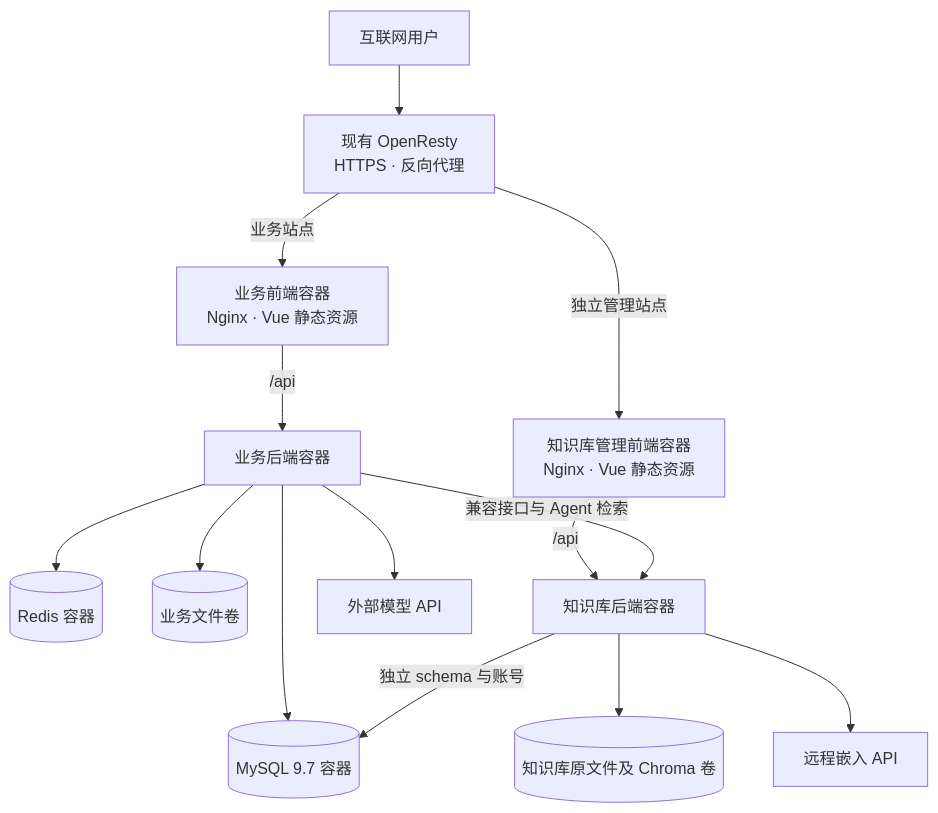
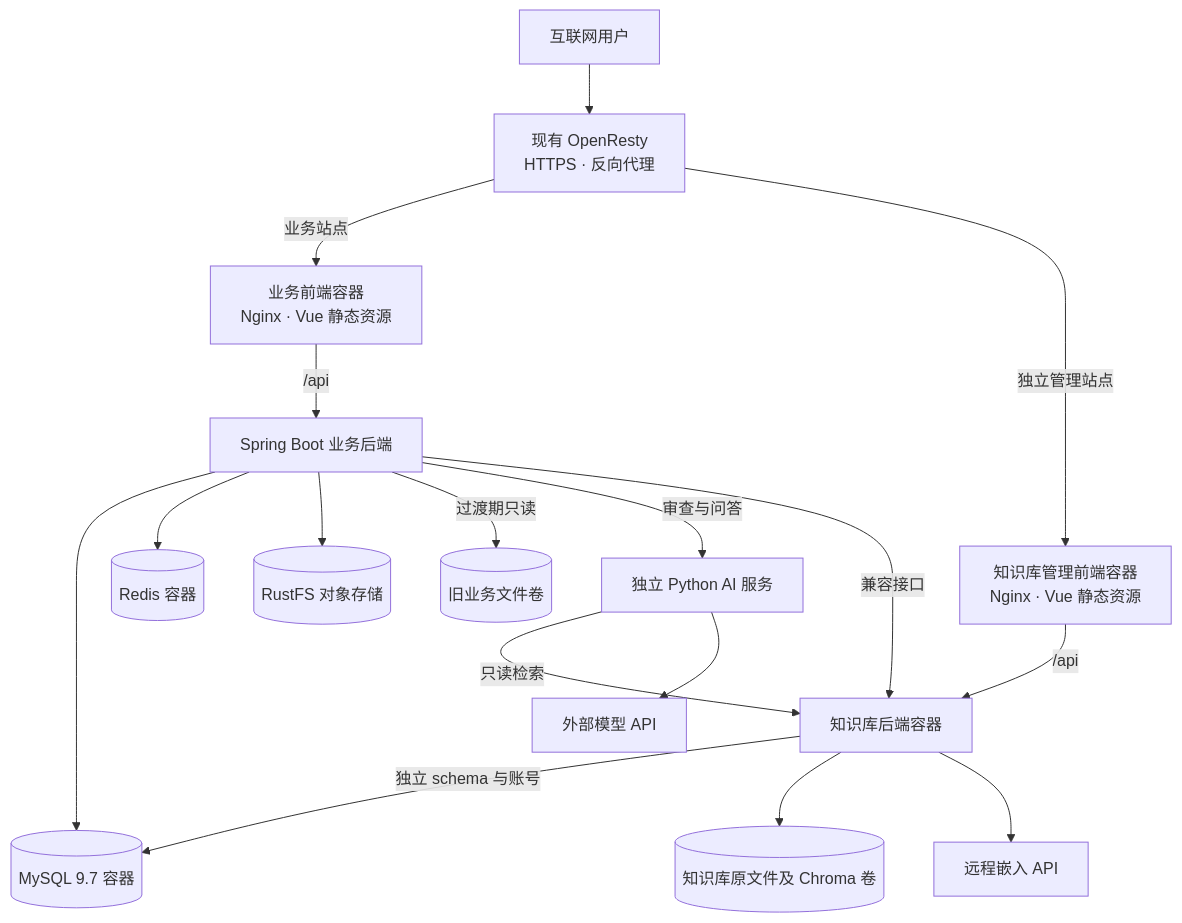
The fourth of 4 diagrams in docs/03-概要设计.md (licat2023/law-wiz), drawn with Mermaid before and after one commit. The commit also changed other lines of this file and 39 other files, not shown here.

Commit message:
feat(backend): 切换 Spring Boot 默认部署并迁移业务文件

````diff
--- a/docs/03-概要设计.md
+++ b/docs/03-概要设计.md
@@ -394,16 +394,19 @@
 ```mermaid
 graph TB
     INTERNET["互联网用户"] --> ENTRY["现有 OpenResty<br/>HTTPS · 反向代理"]
     ENTRY -->|"业务站点"| WEB["业务前端容器<br/>Nginx · Vue 静态资源"]
-    WEB -->|"/api"| BACKEND["业务后端容器"]
+    WEB -->|"/api"| BACKEND["Spring Boot 业务后端"]
     BACKEND --> MYSQL[("MySQL 9.7 容器")]
     BACKEND --> REDIS[("Redis 容器")]
-    BACKEND --> DATA[("业务文件卷")]
+    BACKEND --> DATA[("RustFS 对象存储")]
+    BACKEND -->|"过渡期只读"| LEGACY[("旧业务文件卷")]
+    BACKEND -->|"审查与问答"| AI["独立 Python AI 服务"]
     ENTRY -->|"独立管理站点"| KBUI["知识库管理前端容器<br/>Nginx · Vue 静态资源"]
     KBUI -->|"/api"| KB["知识库后端容器"]
-    BACKEND -->|"兼容接口与 Agent 检索"| KB
+    BACKEND -->|"兼容接口"| KB
+    AI -->|"只读检索"| KB
     KB -->|"独立 schema 与账号"| MYSQL
     KB --> KBDATA[("知识库原文件及 Chroma 卷")]
     KB --> EMBED["远程嵌入 API"]
-    BACKEND --> MODEL["外部模型 API"]
+    AI --> MODEL["外部模型 API"]
 ```
````
